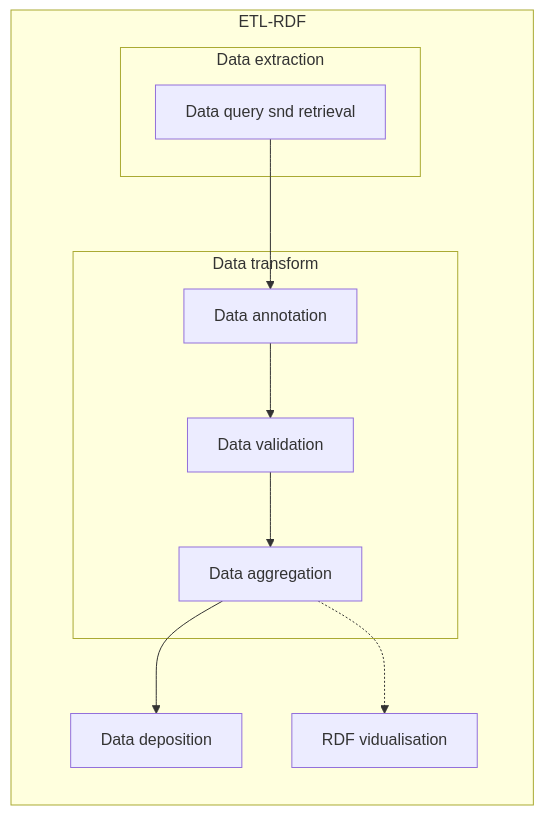
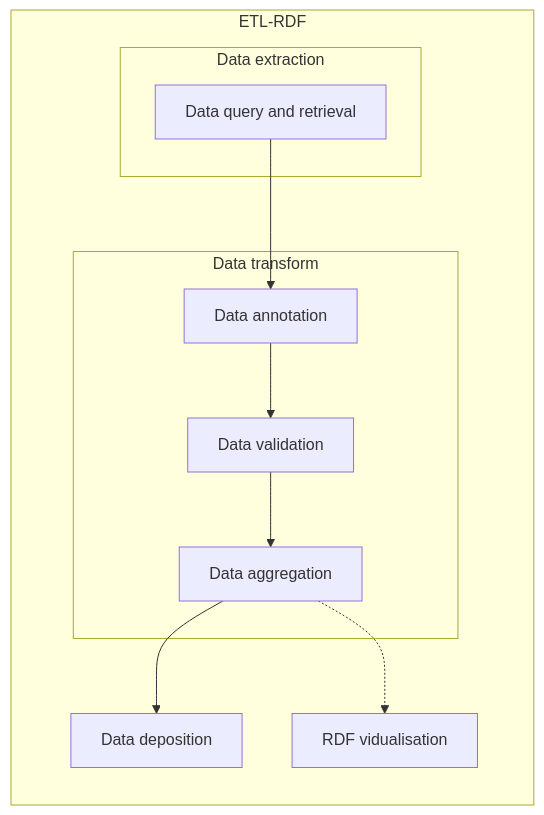
One commit to FAIRplus/the-fair-cookbook changed the diagram in docs/content/recipes/interoperability/conversion-to-rdf-tools.md. Above: the diagram before and after it, drawn with Mermaid.

Commit message:
Small typo

````diff
--- a/docs/content/recipes/interoperability/conversion-to-rdf-tools.md
+++ b/docs/content/recipes/interoperability/conversion-to-rdf-tools.md
@@ -51,25 +51,25 @@
 ```mermaid
 graph LR
     
     subgraph ETL-RDF
         subgraph Data extraction
 
-            A1[Data query snd retrieval]
+            A1[Data query and retrieval]
         end
 
         subgraph Data transform
             B1[Data annotation]
             B2[Data validation]
             B3[Data aggregation]
         end
 
         C[Data deposition]
 
         A1-->B1
         B1-->B2
         B2-->B3
         B3-->C
         B3-.->D[RDF vidualisation]
     end
     
 ```
````
